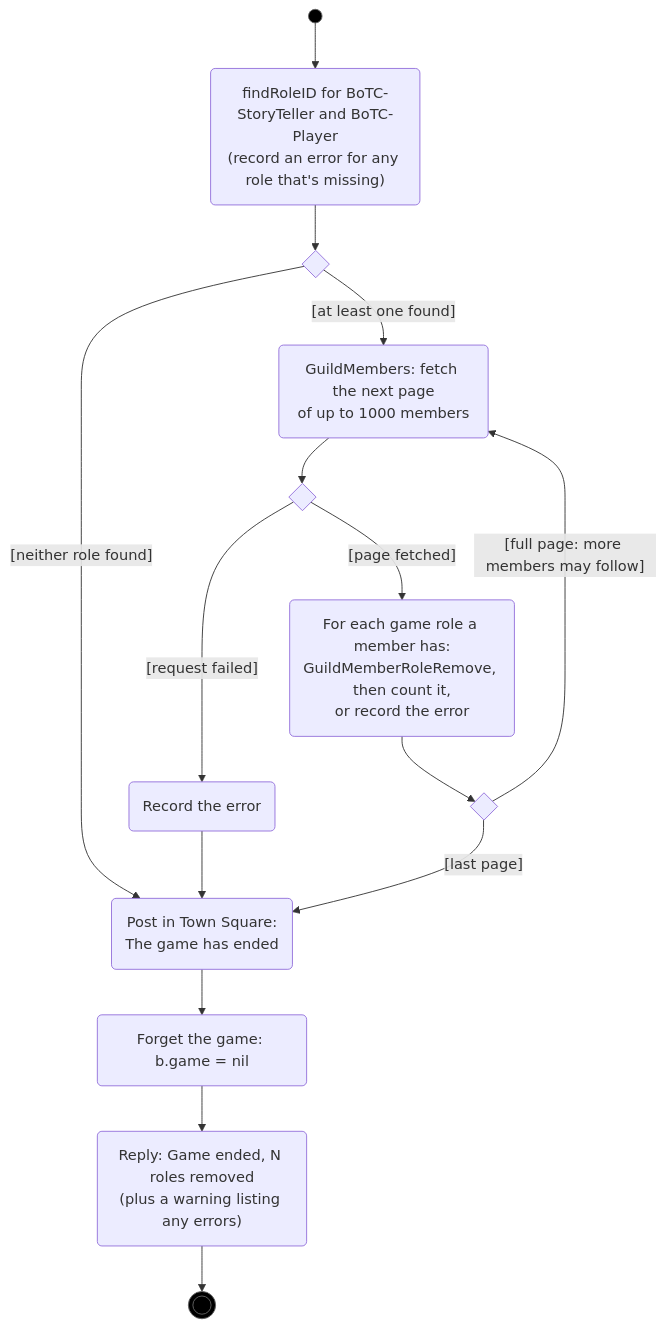
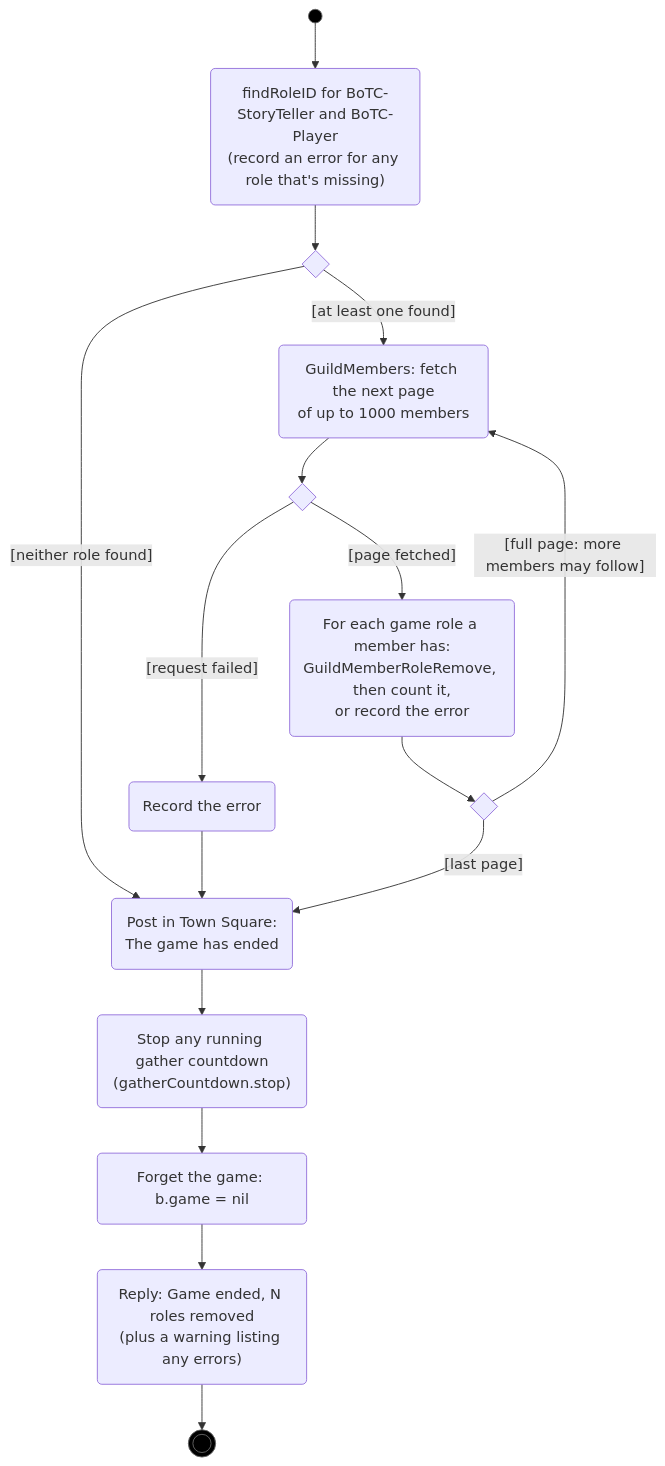
One commit to RAGNOARAKNOS/BotOnTheClocktower changed the third of 6 diagrams in docs/uml/game-lifecycle.md. Above: the diagram before and after it, drawn with Mermaid. The commit also changed other lines of this file and 14 other files, not shown here.

````diff
--- a/docs/uml/game-lifecycle.md
+++ b/docs/uml/game-lifecycle.md
@@ -80,20 +80,21 @@
 ```mermaid
 flowchart TD
     start((" ")):::initial --> look("findRoleID for BoTC-StoryTeller and BoTC-Player<br/>(record an error for any role that's missing)")
     look --> d3{" "}
     d3 -->|"[neither role found]"| announce
     d3 -->|"[at least one found]"| page("GuildMembers: fetch the next page<br/>of up to 1000 members")
     page --> d4{" "}
     d4 -->|"[request failed]"| recErr("Record the error")
     d4 -->|"[page fetched]"| strip("For each game role a member has:<br/>GuildMemberRoleRemove, then count it,<br/>or record the error")
     strip --> d5{" "}
     d5 -->|"[full page: more members may follow]"| page
     d5 -->|"[last page]"| announce("Post in Town Square:<br/>The game has ended")
     recErr --> announce
-    announce --> reset("Forget the game: b.game = nil")
+    announce --> stopg("Stop any running gather countdown<br/>(gatherCountdown.stop)")
+    stopg --> reset("Forget the game: b.game = nil")
     reset --> reply("Reply: Game ended, N roles removed<br/>(plus a warning listing any errors)")
     reply --> ended(((" "))):::final
 
     classDef initial fill:#000,stroke:#666
     classDef final fill:#000,stroke:#666
 ```
````
